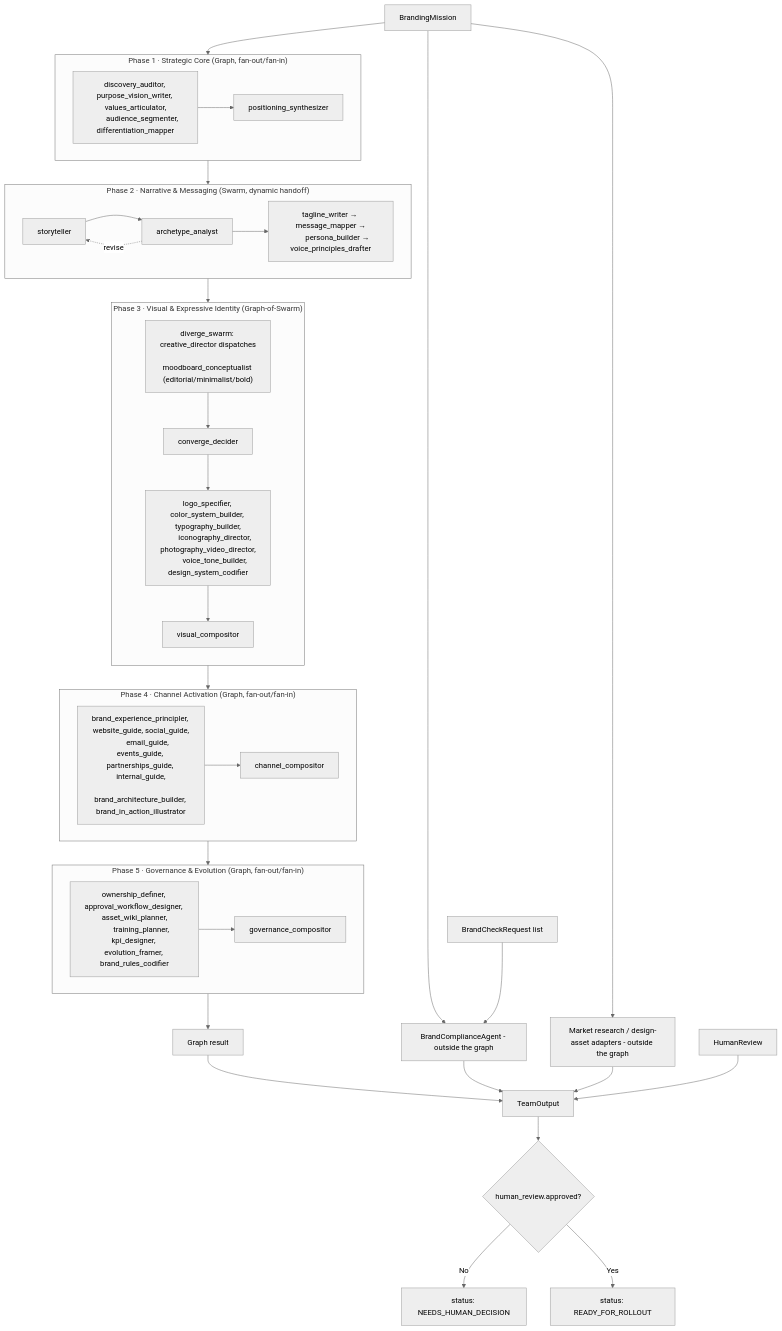
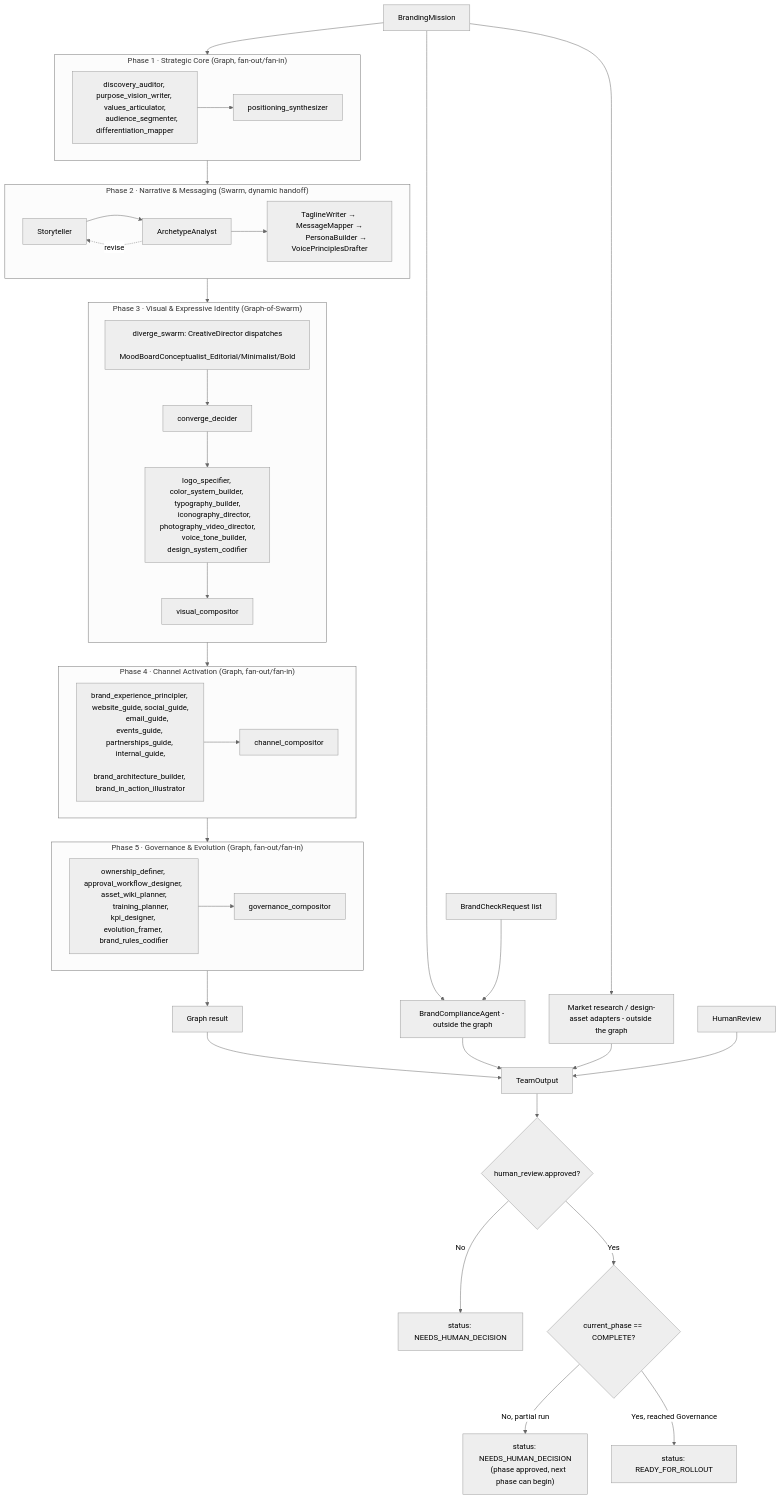
Before and after one commit to brandonkindred/Khala-Agentic-AI-Teams: the first of 4 diagrams in backend/agents/branding_team/README.md, drawn with Mermaid (neutral theme). The commit also changed other lines of this file, not shown here.

Commit message:
Address Codex review: fix rollout-status branch and Swarm node names
The status diagram collapsed to a single approved? check, which is
wrong for partial runs stopped before phase 5 -- READY_FOR_ROLLOUT
only happens once current_phase reaches COMPLETE, matching
_build_status_summary. Split the decision to reflect that.

Also, Swarm-based nodes (all of Phase 2, and Phase 3's inner
diverge_swarm) have no explicit node_id -- Strands identifies them by
Agent.name, which agents.py sets in PascalCase. Replace the
snake_case placeholders for those nodes with the real names; Graph
node_ids (Phase 1, the outer Phase 3 graph, Phase 4, Phase 5) were
already correct and are unchanged.

````diff
--- a/backend/agents/branding_team/README.md
+++ b/backend/agents/branding_team/README.md
@@ -41,64 +41,67 @@
 ```mermaid
 flowchart TB
     Mission[BrandingMission] --> P1
 
     subgraph P1 ["Phase 1 · Strategic Core (Graph, fan-out/fan-in)"]
         direction LR
         P1nodes["discovery_auditor, purpose_vision_writer, values_articulator,
         audience_segmenter, differentiation_mapper"] --> P1join[positioning_synthesizer]
     end
 
     P1 --> P2
 
     subgraph P2 ["Phase 2 · Narrative & Messaging (Swarm, dynamic handoff)"]
         direction LR
-        P2a[storyteller] --> P2b[archetype_analyst]
+        P2a[Storyteller] --> P2b[ArchetypeAnalyst]
         P2b -. revise .-> P2a
-        P2b --> P2rest["tagline_writer → message_mapper →
-        persona_builder → voice_principles_drafter"]
+        P2b --> P2rest["TaglineWriter → MessageMapper →
+        PersonaBuilder → VoicePrinciplesDrafter"]
     end
 
     P2 --> P3
 
     subgraph P3 ["Phase 3 · Visual & Expressive Identity (Graph-of-Swarm)"]
         direction TB
-        P3swarm["diverge_swarm: creative_director dispatches
-        moodboard_conceptualist (editorial/minimalist/bold)"] --> P3conv[converge_decider]
+        P3swarm["diverge_swarm: CreativeDirector dispatches
+        MoodBoardConceptualist_Editorial/Minimalist/Bold"] --> P3conv[converge_decider]
         P3conv --> P3fan["logo_specifier, color_system_builder, typography_builder,
         iconography_director, photography_video_director,
         voice_tone_builder, design_system_codifier"]
         P3fan --> P3comp[visual_compositor]
     end
 
     P3 --> P4
 
     subgraph P4 ["Phase 4 · Channel Activation (Graph, fan-out/fan-in)"]
         direction LR
         P4nodes["brand_experience_principler, website_guide, social_guide,
         email_guide, events_guide, partnerships_guide, internal_guide,
         brand_architecture_builder, brand_in_action_illustrator"] --> P4join[channel_compositor]
     end
 
     P4 --> P5
 
     subgraph P5 ["Phase 5 · Governance & Evolution (Graph, fan-out/fan-in)"]
         direction LR
         P5nodes["ownership_definer, approval_workflow_designer, asset_wiki_planner,
         training_planner, kpi_designer, evolution_framer, brand_rules_codifier"] --> P5join[governance_compositor]
     end
 
     P5 --> GraphResult[Graph result]
 
     Mission --> Compliance[BrandComplianceAgent - outside the graph]
     BrandChecks[BrandCheckRequest list] --> Compliance
     Mission --> Integrations[Market research / design-asset adapters - outside the graph]
 
     GraphResult --> TeamOutput[TeamOutput]
     Compliance --> TeamOutput
     Integrations --> TeamOutput
     HumanReview[HumanReview] --> TeamOutput
 
-    TeamOutput --> Status{human_review.approved?}
-    Status -->|No| NeedsHuman[status: NEEDS_HUMAN_DECISION]
-    Status -->|Yes| Ready[status: READY_FOR_ROLLOUT]
+    TeamOutput --> Approved{human_review.approved?}
+    Approved -->|No| NeedsHuman[status: NEEDS_HUMAN_DECISION]
+    Approved -->|Yes| Complete{current_phase == COMPLETE?}
+    Complete -->|No, partial run| PhaseApproved["status: NEEDS_HUMAN_DECISION
+    (phase approved, next phase can begin)"]
+    Complete -->|Yes, reached Governance| Ready[status: READY_FOR_ROLLOUT]
 ```
````
